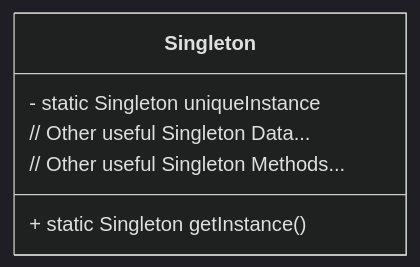
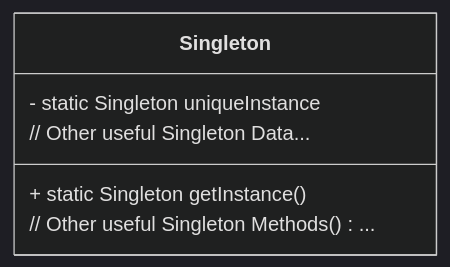
The first of 2 diagrams in materials/14-design-pattern-1/README.md (1chooo/object-oriented-analysis-and-design-writeups), drawn with Mermaid (dark theme) before and after one commit. The commit also changed other lines of this file and 40 other files, not shown here.

````diff
--- a/materials/14-design-pattern-1/README.md
+++ b/materials/14-design-pattern-1/README.md
@@ -320,9 +462,9 @@
 ```mermaid
 classDiagram
     class Singleton {
         - static Singleton uniqueInstance
         // Other useful Singleton Data...
         + static Singleton getInstance()
-        // Other useful Singleton Methods...
+        // Other useful Singleton Methods()...
     }
 ```
````
